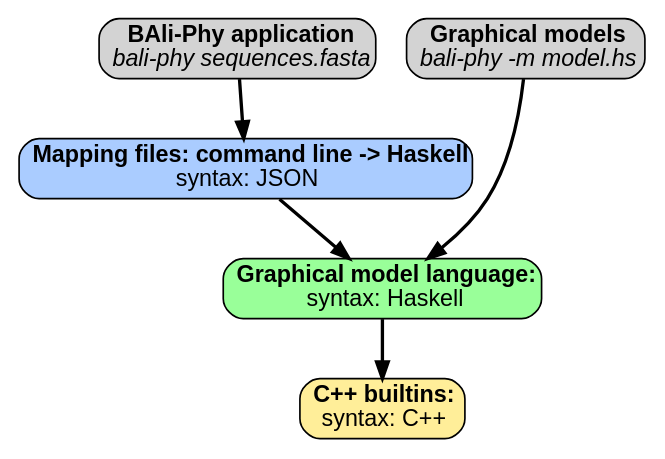
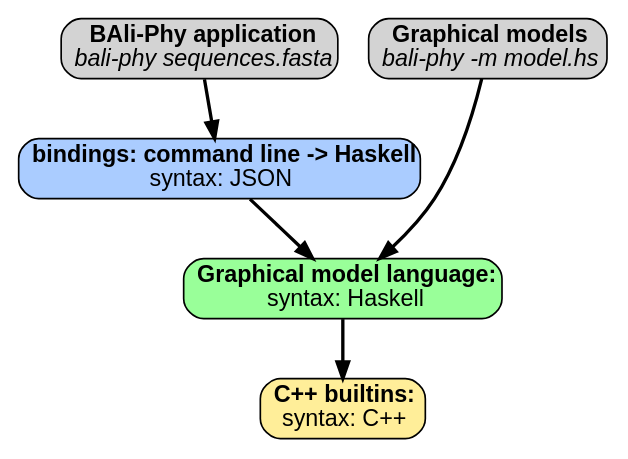
The diagram in doc/developer/architecture.dot (bredelings/BAli-Phy), drawn with Graphviz before and after one commit. The commit also changed 2 other files, not shown here.

Commit message:
Move architecture docs to code.md

```diff
--- a/doc/developer/architecture.dot
+++ b/doc/developer/architecture.dot
@@ -1,21 +1,21 @@
 digraph "Architecture" {
 graph [ranksep=0.25, fontname=Arial,  nodesep=0.25, ranksep=0.5];
 node [fontname=Arial, style="filled,rounded", height=0, width=0, shape=box];
 edge [style="setlinewidth(2)"];
 
 bali_phy [label=<<b>BAli-Phy application</b><br/><i>bali-phy sequences.fasta</i>>]
 
 graphical_models  [label=<<b>Graphical models</b><br/><i>bali-phy -m model.hs</i>>]
 
 graphical_model_language [label=<<b>Graphical model language:</b><br/>syntax: Haskell>, fillcolor="#99ff99"]
 
 cpp_builtins [label=<<b>C++ builtins:</b><br/>syntax: C++<br/>>,fillcolor="#ffee99"]
 
 {rank = same; bali_phy; graphical_models}
 
 bali_phy -> JSON_files
-JSON_files [label=<<b>Mapping files: command line -&gt; Haskell</b><br/>syntax: JSON>,fillcolor="#aaccff"]
+JSON_files [label=<<b>bindings: command line -&gt; Haskell</b><br/>syntax: JSON>,fillcolor="#aaccff"]
 JSON_files -> graphical_model_language
 graphical_models -> graphical_model_language
 graphical_model_language -> cpp_builtins
 }
```
